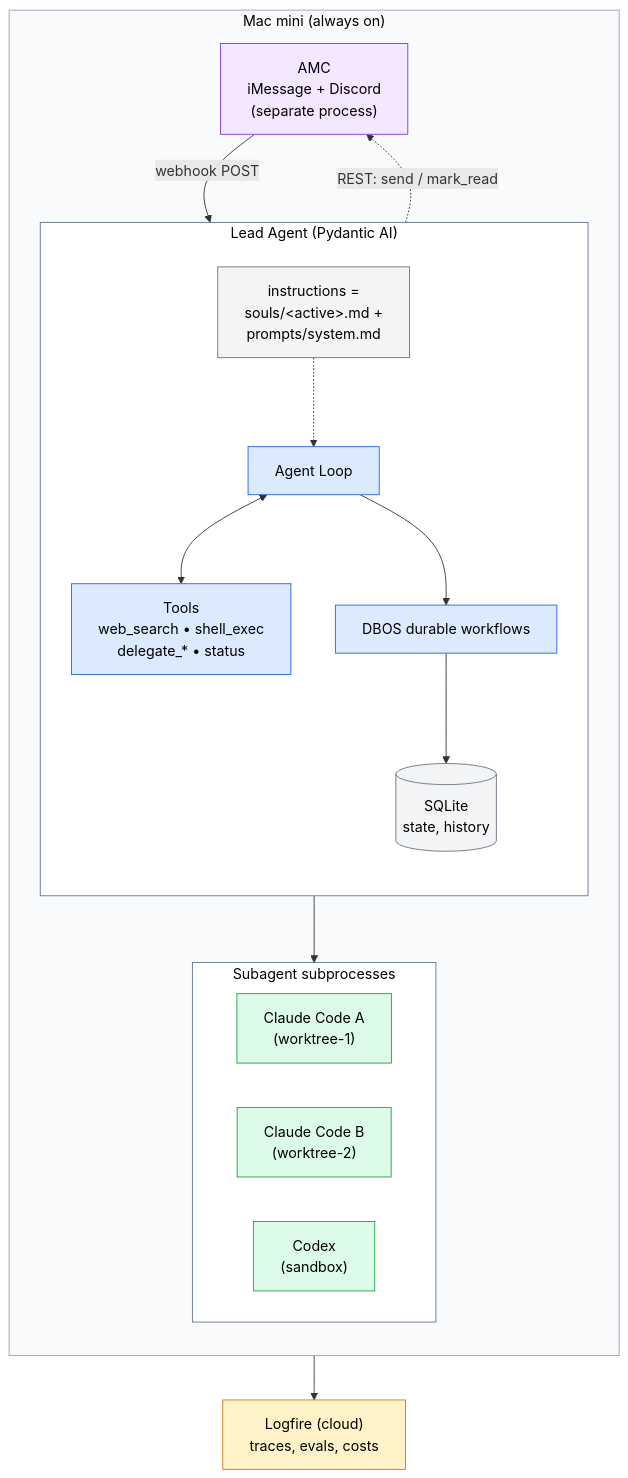
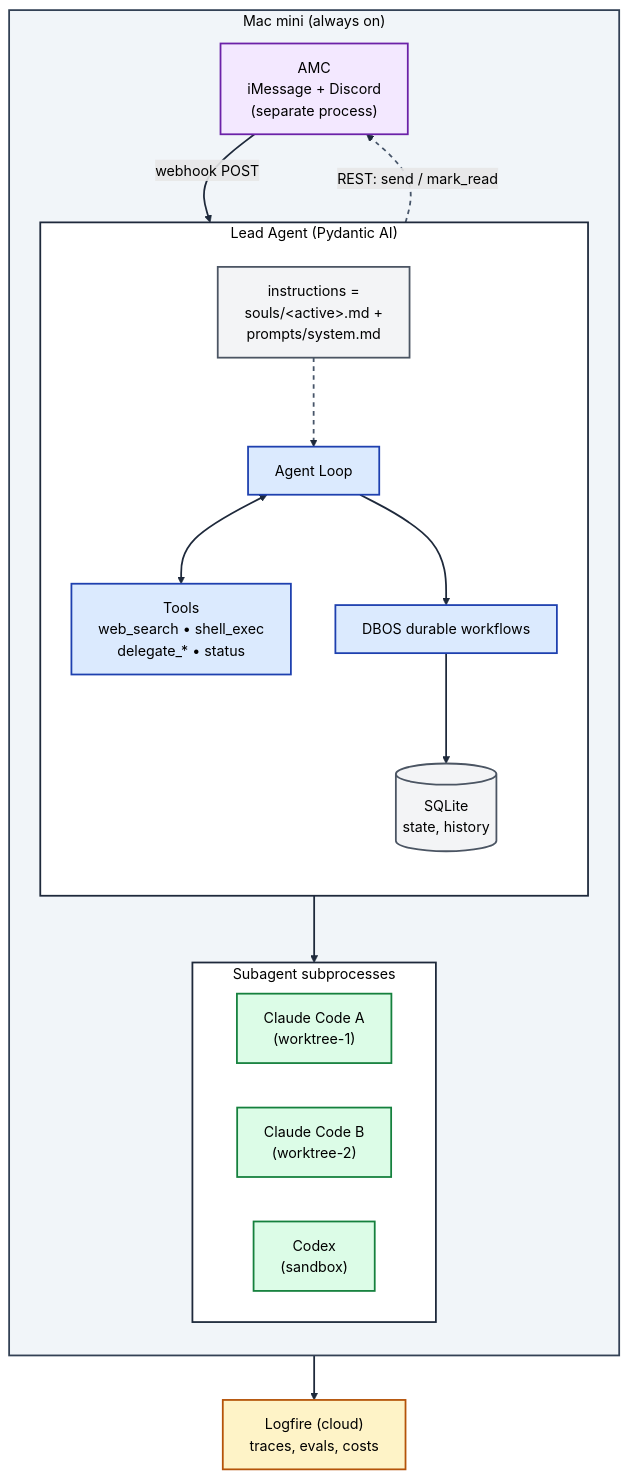
One commit to sequenzia/lah changed the diagram in internal/blueprints/lead-agent-architecture.md. Above: the diagram before and after it, drawn with Mermaid.

Commit message:
style(architecture): improve mermaid diagram readability
Darken node strokes and edge colors for better contrast against white
background. Use 2px stroke width consistently and apply darker slate
colors to subgraph borders. Dotted edges remain slightly lighter to
distinguish them as secondary flows.

````diff
--- a/internal/blueprints/lead-agent-architecture.md
+++ b/internal/blueprints/lead-agent-architecture.md
@@ -16,45 +16,49 @@
 ```mermaid
 flowchart TD
     subgraph mac["Mac mini (always on)"]
         direction TB
         AMC["AMC<br/>iMessage + Discord<br/>(separate process)"]:::secondary
 
         subgraph lead["Lead Agent (Pydantic AI)"]
             direction TB
             loop["Agent Loop"]:::primary
             tools["Tools<br/>web_search • shell_exec<br/>delegate_* • status"]:::primary
             instructions["instructions =<br/>souls/&lt;active&gt;.md +<br/>prompts/system.md"]:::neutral
             dbos["DBOS durable workflows"]:::primary
             db[("SQLite<br/>state, history")]:::neutral
 
             loop <--> tools
             instructions -.-> loop
             loop --> dbos
             dbos --> db
         end
 
         subgraph subagents["Subagent subprocesses"]
             direction LR
             cc_a["Claude Code A<br/>(worktree-1)"]:::success
             cc_b["Claude Code B<br/>(worktree-2)"]:::success
             codex["Codex<br/>(sandbox)"]:::success
         end
 
         AMC -->|webhook POST| loop
         loop -.->|REST: send / mark_read| AMC
         dbos --> subagents
     end
 
     logfire["Logfire (cloud)<br/>traces, evals, costs"]:::warning
     lead --> logfire
 
-    classDef primary fill:#dbeafe,stroke:#2563eb,color:#000
-    classDef secondary fill:#f3e8ff,stroke:#7c3aed,color:#000
-    classDef success fill:#dcfce7,stroke:#16a34a,color:#000
-    classDef warning fill:#fef3c7,stroke:#d97706,color:#000
-    classDef neutral fill:#f3f4f6,stroke:#6b7280,color:#000
+    classDef primary fill:#dbeafe,stroke:#1e40af,stroke-width:2px,color:#000
+    classDef secondary fill:#f3e8ff,stroke:#6b21a8,stroke-width:2px,color:#000
+    classDef success fill:#dcfce7,stroke:#15803d,stroke-width:2px,color:#000
+    classDef warning fill:#fef3c7,stroke:#b45309,stroke-width:2px,color:#000
+    classDef neutral fill:#f3f4f6,stroke:#4b5563,stroke-width:2px,color:#000
 
-    style mac fill:#f8fafc,stroke:#94a3b8,color:#000
-    style lead fill:#ffffff,stroke:#64748b,color:#000
-    style subagents fill:#ffffff,stroke:#64748b,color:#000
+    style mac fill:#f1f5f9,stroke:#334155,stroke-width:2px,color:#000
+    style lead fill:#ffffff,stroke:#1e293b,stroke-width:2px,color:#000
+    style subagents fill:#ffffff,stroke:#1e293b,stroke-width:2px,color:#000
+
+    linkStyle default stroke:#1e293b,stroke-width:2px,color:#000
+    linkStyle 1 stroke:#475569,stroke-width:2px,stroke-dasharray:5 5,color:#000
+    linkStyle 5 stroke:#475569,stroke-width:2px,stroke-dasharray:5 5,color:#000
 ```
````
